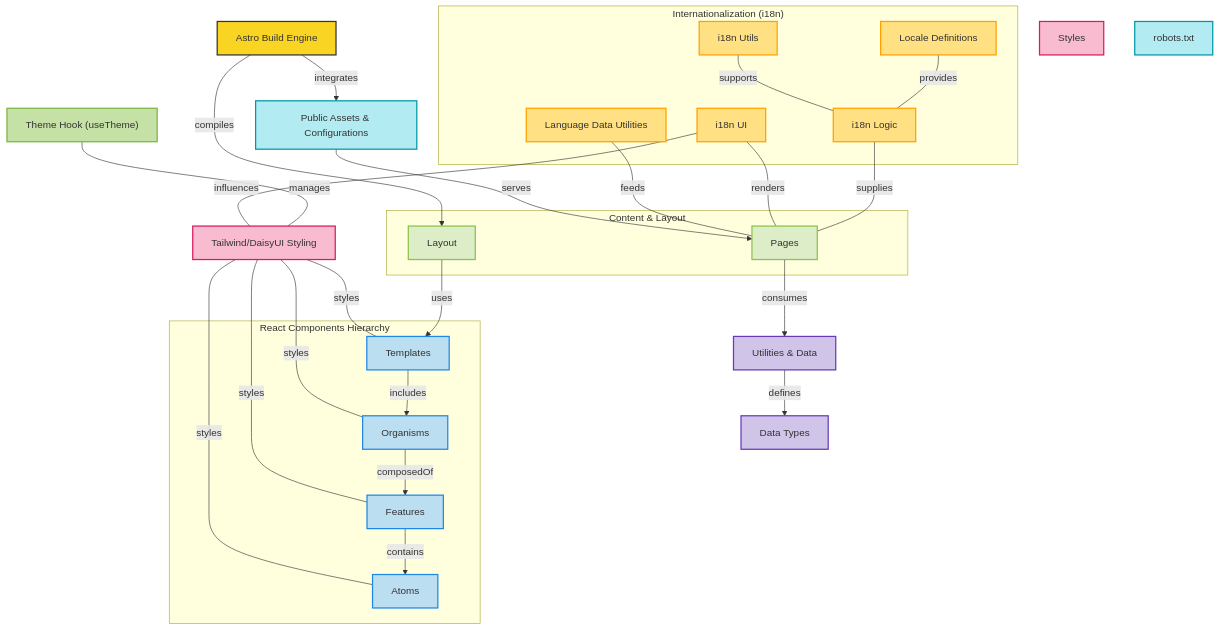
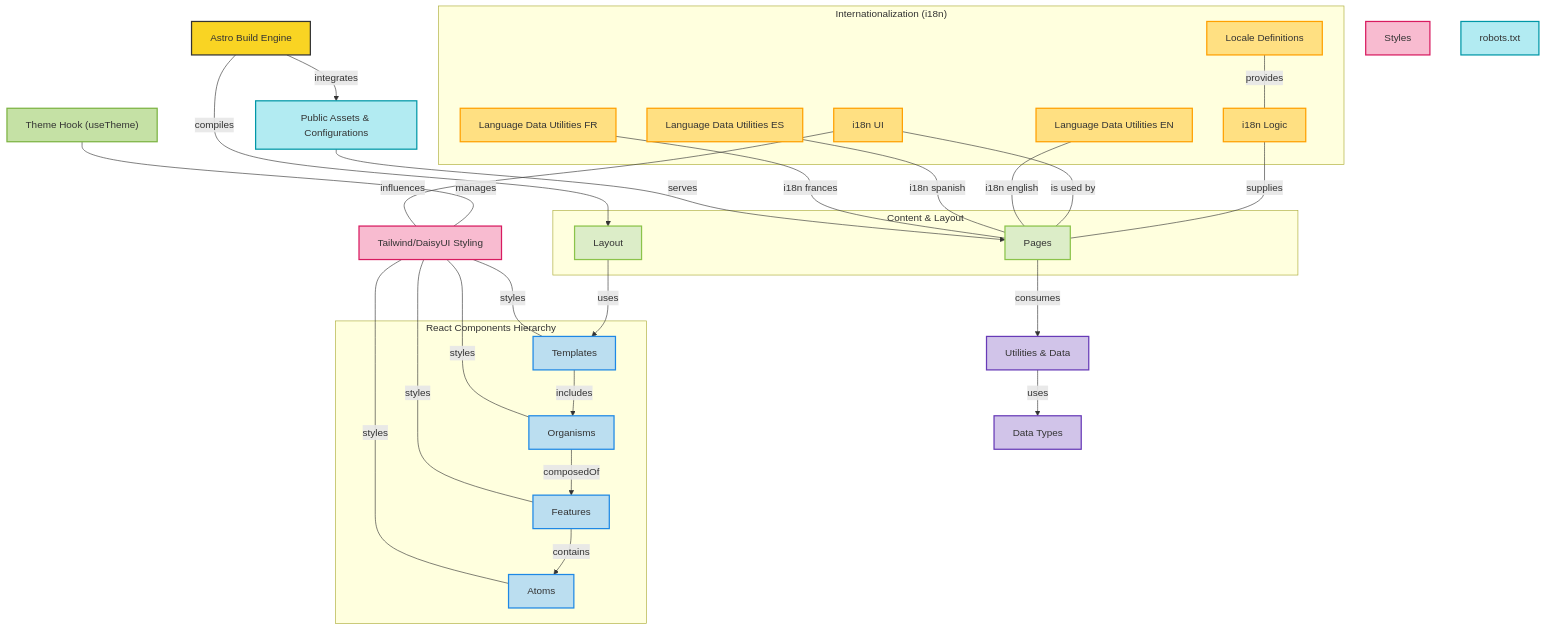
Before and after one commit to muke78/Portafolio: the diagram in README.md, drawn with Mermaid.

Commit message:
fix(mermaid): Se corrigen rutas del diagrama de mermaid

```diff
--- a/README.md
+++ b/README.md
@@ -43,10 +43,12 @@
         click IL "https://github.com/muke78/portafolio/blob/main/src/i18n/index.ts"
         IU["i18n UI"]:::i18n
         click IU "https://github.com/muke78/portafolio/blob/main/src/i18n/ui.ts"
-        IUT["i18n Utils"]:::i18n
-        click IUT "https://github.com/muke78/portafolio/blob/main/src/i18n/utils.ts"
-        LU["Language Data Utilities"]:::i18n
-        click LU "https://github.com/muke78/portafolio/tree/main/src/utils/en"
+        LN["Language Data Utilities EN"]:::i18n
+        click LN "https://github.com/muke78/portafolio/tree/main/src/utils/en"
+        LE["Language Data Utilities ES"]:::i18n
+        click LE "https://github.com/muke78/portafolio/tree/main/src/utils/es"
+        LF["Language Data Utilities FR"]:::i18n
+        click LF "https://github.com/muke78/portafolio/tree/main/src/utils/fr"
     end
 
     %% Content & Layout (Page Routing)
@@ -82,11 +84,12 @@
     TH ---|"manages"| S
     IL ---|"supplies"| P
     L ---|"provides"| IL
-    IU ---|"renders"| P
-    IUT ---|"supports"| IL
-    LU ---|"feeds"| P
+    IU ---|"is used by"| P
+    LN ---|"i18n english"| P
+    LE ---|"i18n spanish"| P
+    LF ---|"i18n frances"| P
     P -->|"consumes"| UD
-    UD -->|"defines"| DT
+    UD -->|"uses"| DT
     PA -->|"serves"| P
     AE -->|"integrates"| PA
     IU ---|"influences"| S
```
